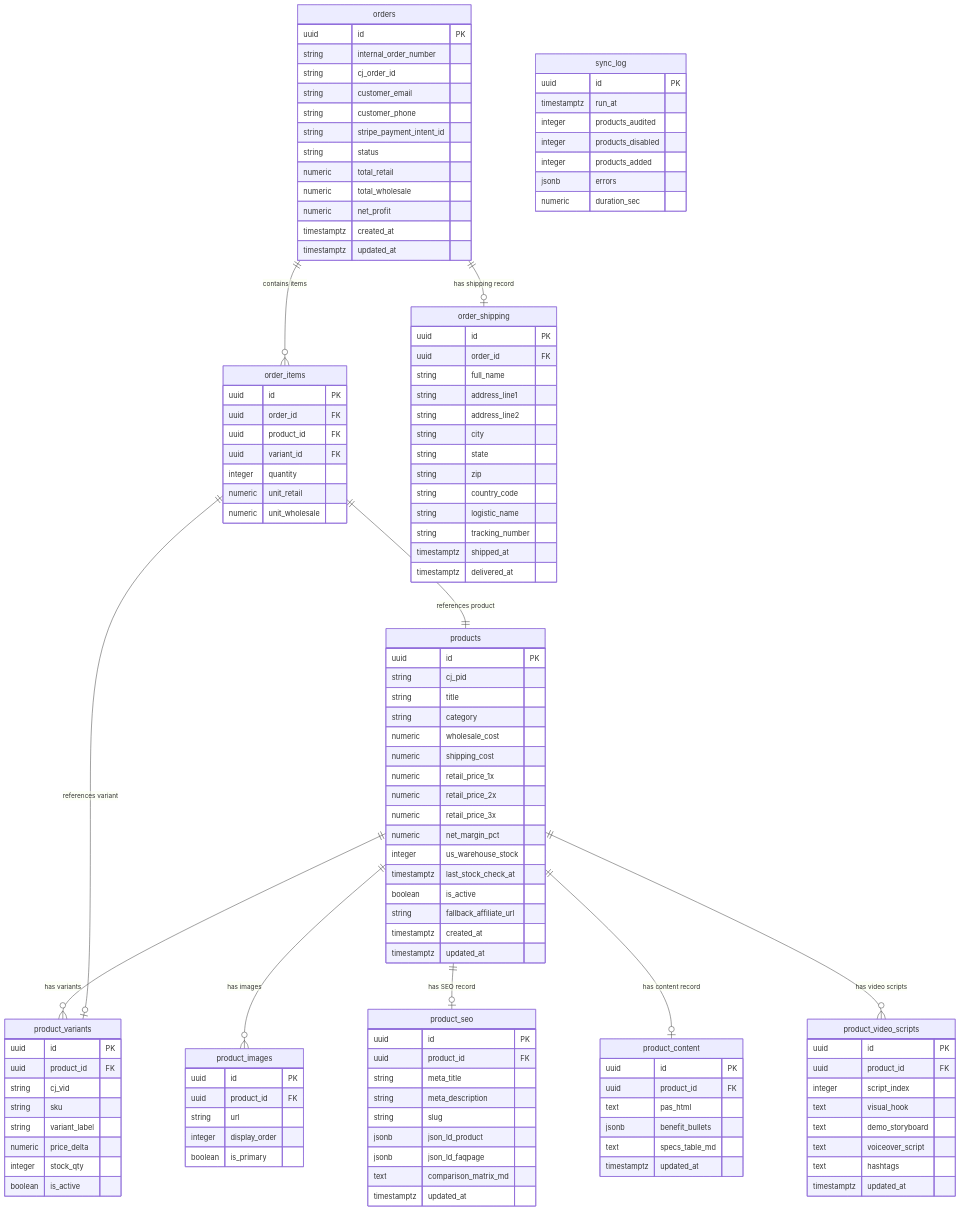
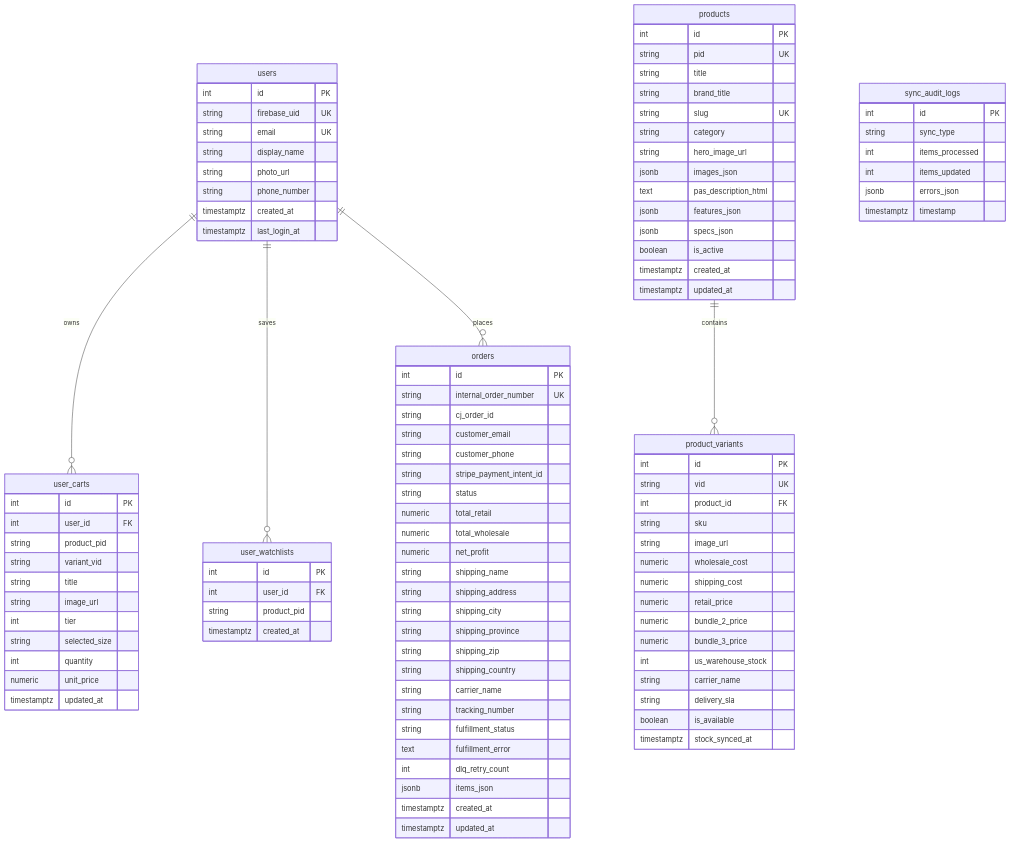
The second of 7 diagrams in docs/03_SDD_ARCHITECTURE.md (mohanreddybodha/dropshipping-store), drawn with Mermaid before and after one commit. The commit also changed other lines of this file and 14 other files, not shown here.

````diff
--- a/docs/03_SDD_ARCHITECTURE.md
+++ b/docs/03_SDD_ARCHITECTURE.md
@@ -174,78 +127,24 @@
 ```mermaid
 erDiagram
-    products {
-        uuid id PK
-        string cj_pid
-        string title
-        string category
-        numeric wholesale_cost
-        numeric shipping_cost
-        numeric retail_price_1x
-        numeric retail_price_2x
-        numeric retail_price_3x
-        numeric net_margin_pct
-        integer us_warehouse_stock
-        timestamptz last_stock_check_at
-        boolean is_active
-        string fallback_affiliate_url
+    users ||--o{ user_carts : owns
+    users ||--o{ user_watchlists : saves
+    users ||--o{ orders : places
+    products ||--o{ product_variants : contains
+
+    users {
+        int id PK
+        string firebase_uid UK
+        string email UK
+        string display_name
+        string photo_url
+        string phone_number
         timestamptz created_at
-        timestamptz updated_at
-    }
-
-    product_variants {
-        uuid id PK
-        uuid product_id FK
-        string cj_vid
-        string sku
-        string variant_label
-        numeric price_delta
-        integer stock_qty
-        boolean is_active
-    }
-
-    product_images {
-        uuid id PK
-        uuid product_id FK
-        string url
-        integer display_order
-        boolean is_primary
-    }
-
-    product_seo {
-        uuid id PK
-        uuid product_id FK
-        string meta_title
-        string meta_description
-        string slug
-        jsonb json_ld_product
-        jsonb json_ld_faqpage
-        text comparison_matrix_md
-        timestamptz updated_at
-    }
-
-    product_content {
-        uuid id PK
-        uuid product_id FK
-        text pas_html
-        jsonb benefit_bullets
-        text specs_table_md
-        timestamptz updated_at
-    }
-
-    product_video_scripts {
-        uuid id PK
-        uuid product_id FK
-        integer script_index
-        text visual_hook
-        text demo_storyboard
-        text voiceover_script
-        text hashtags
-        timestamptz updated_at
+        timestamptz last_login_at
     }
 
     orders {
-        uuid id PK
-        string internal_order_number
+        int id PK
+        string internal_order_number UK
         string cj_order_id
         string customer_email
         string customer_phone
@@ -254,53 +153,84 @@
         numeric total_retail
         numeric total_wholesale
         numeric net_profit
+        string shipping_name
+        string shipping_address
+        string shipping_city
+        string shipping_province
+        string shipping_zip
+        string shipping_country
+        string carrier_name
+        string tracking_number
+        string fulfillment_status
+        text fulfillment_error
+        int dlq_retry_count
+        jsonb items_json
         timestamptz created_at
         timestamptz updated_at
     }
 
-    order_items {
-        uuid id PK
-        uuid order_id FK
-        uuid product_id FK
-        uuid variant_id FK
-        integer quantity
-        numeric unit_retail
-        numeric unit_wholesale
+    user_carts {
+        int id PK
+        int user_id FK
+        string product_pid
+        string variant_vid
+        string title
+        string image_url
+        int tier
+        string selected_size
+        int quantity
+        numeric unit_price
+        timestamptz updated_at
     }
 
-    order_shipping {
-        uuid id PK
-        uuid order_id FK
-        string full_name
-        string address_line1
-        string address_line2
-        string city
-        string state
-        string zip
-        string country_code
-        string logistic_name
-        string tracking_number
-        timestamptz shipped_at
-        timestamptz delivered_at
+    user_watchlists {
+        int id PK
+        int user_id FK
+        string product_pid
+        timestamptz created_at
     }
 
-    sync_log {
-        uuid id PK
-        timestamptz run_at
-        integer products_audited
-        integer products_disabled
-        integer products_added
-        jsonb errors
-        numeric duration_sec
+    products {
+        int id PK
+        string pid UK
+        string title
+        string brand_title
+        string slug UK
+        string category
+        string hero_image_url
+        jsonb images_json
+        text pas_description_html
+        jsonb features_json
+        jsonb specs_json
+        boolean is_active
+        timestamptz created_at
+        timestamptz updated_at
     }
 
-    products ||--o{ product_variants : "has variants"
-    products ||--o{ product_images : "has images"
-    products ||--o| product_seo : "has SEO record"
-    products ||--o| product_content : "has content record"
-    products ||--o{ product_video_scripts : "has video scripts"
-    orders ||--o{ order_items : "contains items"
-    orders ||--o| order_shipping : "has shipping record"
-    order_items ||--|| products : "references product"
-    order_items ||--o| product_variants : "references variant"
+    product_variants {
+        int id PK
+        string vid UK
+        int product_id FK
+        string sku
+        string image_url
+        numeric wholesale_cost
+        numeric shipping_cost
+        numeric retail_price
+        numeric bundle_2_price
+        numeric bundle_3_price
+        int us_warehouse_stock
+        string carrier_name
+        string delivery_sla
+        boolean is_available
+        timestamptz stock_synced_at
+    }
+
+    sync_audit_logs {
+        int id PK
+        string sync_type
+        int items_processed
+        int items_updated
+        jsonb errors_json
+        timestamptz timestamp
+    }
 ```
````
